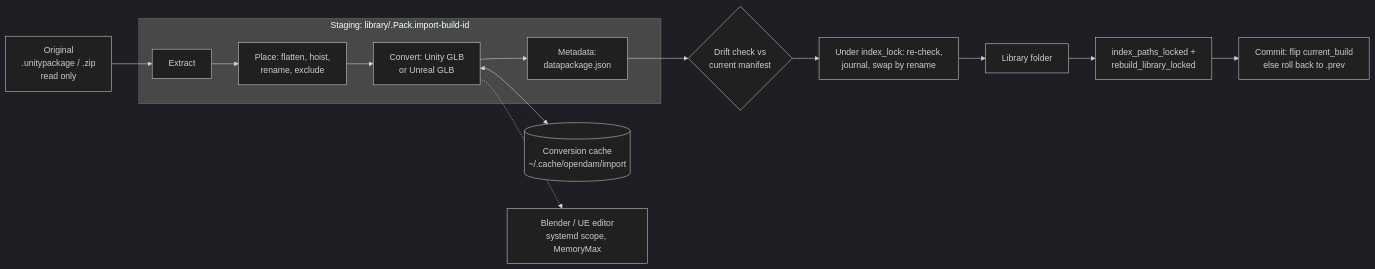
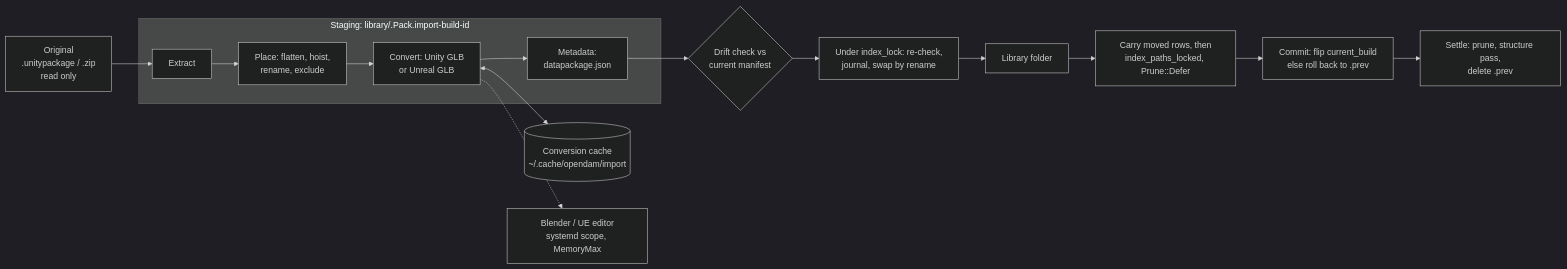
One commit to ramiro314/OpenDAM changed the diagram in docs/plans/pack-import/plan.md. Above: the diagram before and after it, drawn with Mermaid (dark theme). The commit also changed other lines of this file, not shown here.

````diff
--- a/docs/plans/pack-import/plan.md
+++ b/docs/plans/pack-import/plan.md
@@ -148,16 +171,17 @@
 ```mermaid
 flowchart LR
   O[Original<br/>.unitypackage / .zip<br/>read only] --> X[Extract]
   subgraph S[Staging: library/.Pack.import-build-id]
     X --> P[Place: flatten, hoist,<br/>rename, exclude]
     P --> C[Convert: Unity GLB<br/>or Unreal GLB]
     C --> M[Metadata:<br/>datapackage.json]
   end
   C <--> K[(Conversion cache<br/>~/.cache/opendam/import)]
   C -.-> T[Blender / UE editor<br/>systemd scope, MemoryMax]
   M --> D{Drift check vs<br/>current manifest}
   D --> W[Under index_lock: re-check,<br/>journal, swap by rename]
   W --> L[Library folder]
-  L --> I[index_paths_locked +<br/>rebuild_library_locked]
+  L --> I[Carry moved rows, then<br/>index_paths_locked, Prune::Defer]
   I --> CM[Commit: flip current_build<br/>else roll back to .prev]
+  CM --> ST[Settle: prune, structure pass,<br/>delete .prev]
 ```
````
